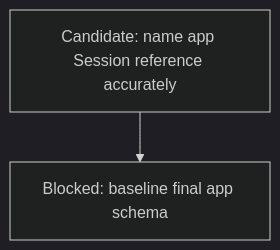
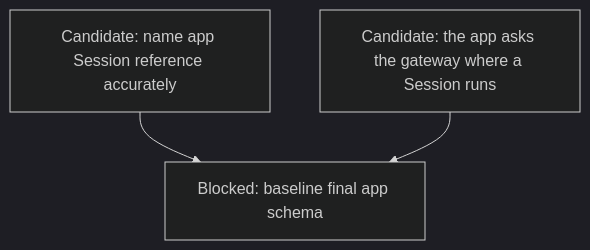
One commit to agentydragon-agent/ducktape changed the first of 13 diagrams in agentplane/plans/task_dag.md. Above: the diagram before and after it, drawn with Mermaid (dark theme). The commit also changed other lines of this file and 2 other files, not shown here.

````diff
--- a/agentplane/plans/task_dag.md
+++ b/agentplane/plans/task_dag.md
@@ -21,6 +21,8 @@
 ```mermaid
 flowchart TD
     APP_SESSION_SCHEMA_RENAME[Candidate: name app Session reference accurately]
+    APP_SESSION_SANDBOX_DROP[Candidate: the app asks the gateway where a Session runs]
     APP_ALEMBIC_SQUASH[Blocked: baseline final app schema]
     APP_SESSION_SCHEMA_RENAME --> APP_ALEMBIC_SQUASH
+    APP_SESSION_SANDBOX_DROP --> APP_ALEMBIC_SQUASH
 ```
````
